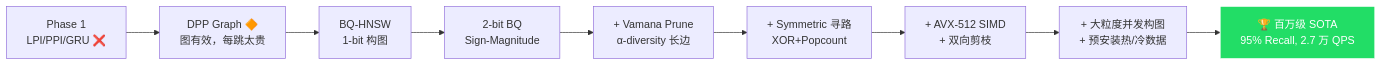
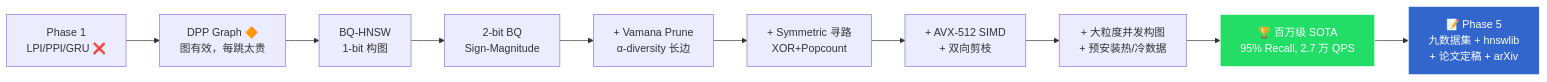
One commit to YoKONCy/TriviumDB changed the second of 2 diagrams in research/ANN研究记录.md. Above: the diagram before and after it, drawn with Mermaid. The commit also changed other lines of this file and 19 other files, not shown here.

````diff
--- a/research/ANN研究记录.md
+++ b/research/ANN研究记录.md
@@ -695,13 +705,15 @@
 ```mermaid
 graph LR
     A["Phase 1<br/>LPI/PPI/GRU ❌"] --> B["DPP Graph 🔶<br/>图有效，每跳太贵"]
     B --> C["BQ-HNSW<br/>1-bit 构图"]
     C --> D["2-bit BQ<br/>Sign-Magnitude"]
     D --> E["+ Vamana Prune<br/>α-diversity 长边"]
     E --> F["+ Symmetric 寻路<br/>XOR+Popcount"]
     F --> G["+ AVX-512 SIMD<br/>+ 双向剪枝"]
     G --> H["+ 大粒度并发构图<br/>+ 预安装热/冷数据"]
     H --> I["🏆 百万级 SOTA<br/>95% Recall, 2.7 万 QPS"]
+    I --> J["📝 Phase 5<br/>九数据集 + hnswlib<br/>+ 论文定稿 + arXiv"]
 
     style I fill:#2d6,color:#fff,stroke:#fff
+    style J fill:#36c,color:#fff,stroke:#fff
 ```
````
